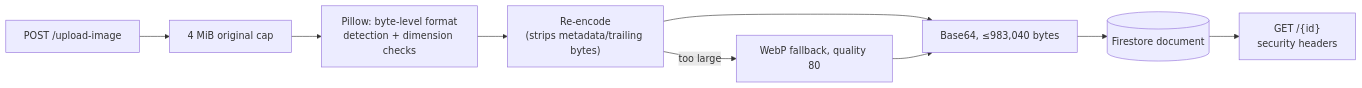
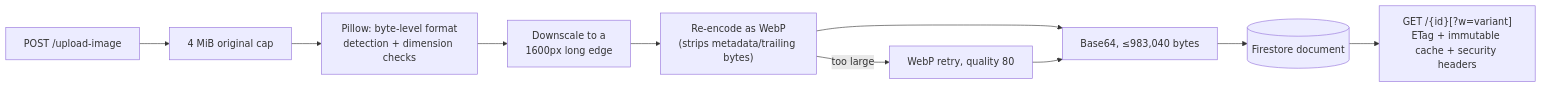
One commit to ChristianMendozaa/UCB-e-commerce changed the diagram in services/images/README.md. Above: the diagram before and after it, drawn with Mermaid. The commit also changed other lines of this file and 31 other files, not shown here.

````diff
--- a/services/images/README.md
+++ b/services/images/README.md
@@ -11,11 +11,12 @@
 ```mermaid
 graph LR
     Upload["POST /upload-image"] --> Limit["4 MiB original cap"]
     Limit --> Pillow["Pillow: byte-level format\ndetection + dimension checks"]
-    Pillow --> Reencode["Re-encode\n(strips metadata/trailing bytes)"]
-    Reencode -->|too large| WebP["WebP fallback, quality 80"]
+    Pillow --> Downscale["Downscale to a\n1600px long edge"]
+    Downscale --> Reencode["Re-encode as WebP\n(strips metadata/trailing bytes)"]
+    Reencode -->|too large| WebPFallback["WebP retry, quality 80"]
     Reencode --> B64["Base64, ≤983,040 bytes"]
-    WebP --> B64
+    WebPFallback --> B64
     B64 --> Firestore[(Firestore document)]
-    Firestore --> Serve["GET /{id}\nsecurity headers"]
+    Firestore --> Serve["GET /{id}[?w=variant]\nETag + immutable cache + security headers"]
 ```
````
